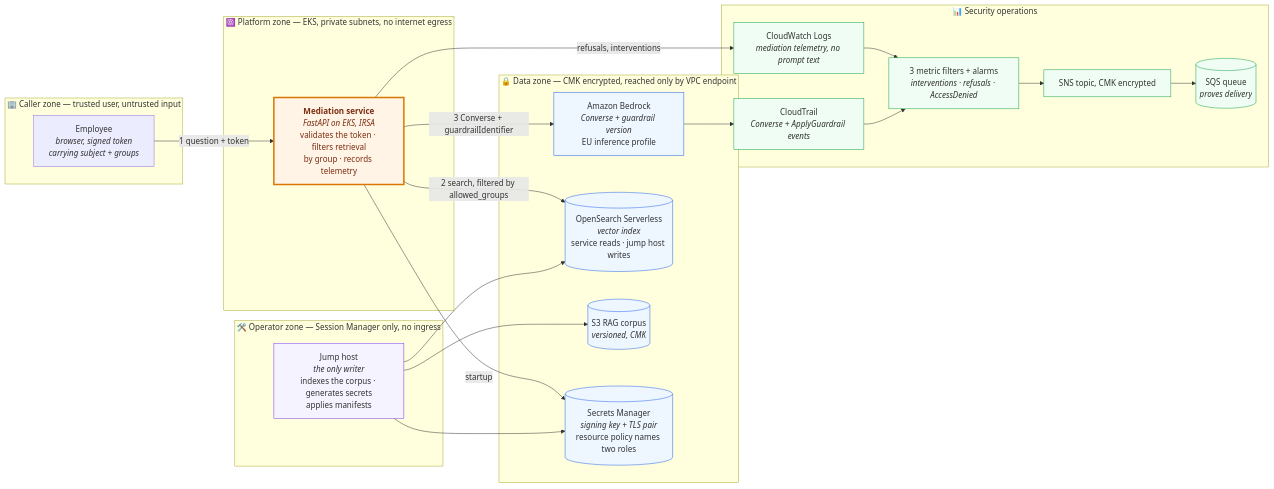
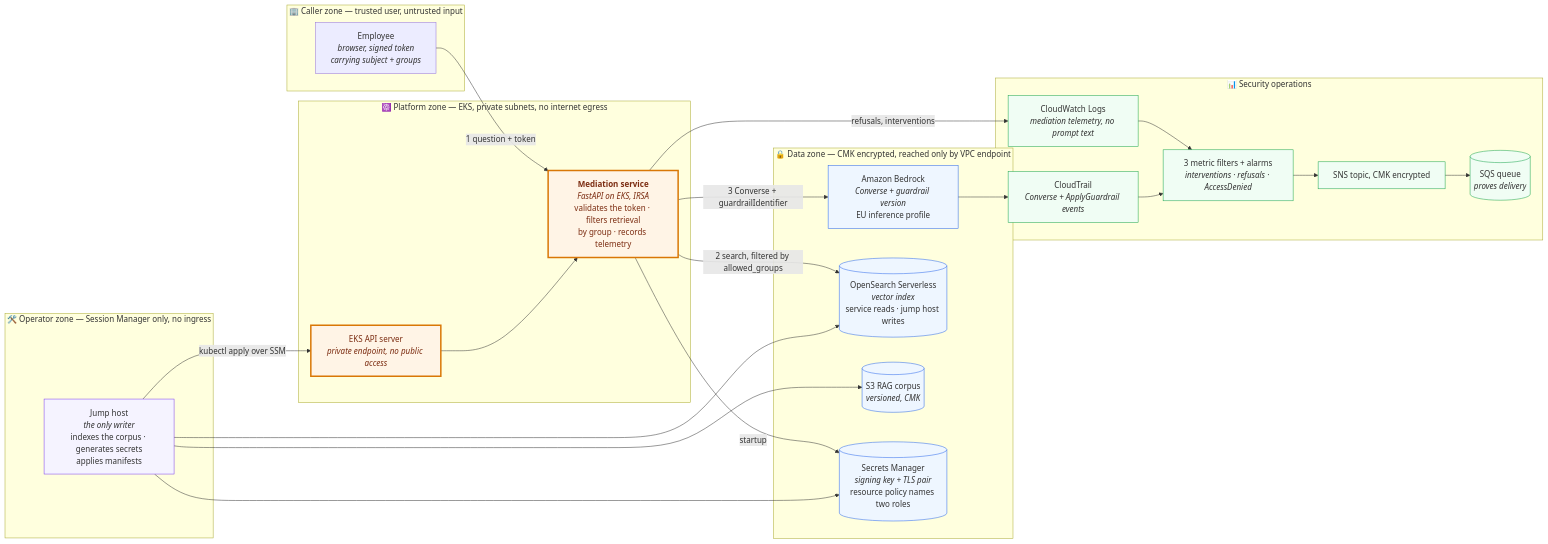
Before and after one commit to spdy999/ai-sec: the first of 3 diagrams in docs/deliverables/diagram/architecture.md, drawn with Mermaid. The commit also changed 2 other files, not shown here.

Commit message:
docs(diagram): draw the private EKS API server and the jump host's write path

````diff
--- a/docs/deliverables/diagram/architecture.md
+++ b/docs/deliverables/diagram/architecture.md
@@ -17,54 +17,59 @@
 ```mermaid
 flowchart LR
     subgraph corporate["🏢 Caller zone — trusted user, untrusted input"]
         user["Employee<br/><i>browser, signed token<br/>carrying subject + groups</i>"]
     end
 
     subgraph platform["☸️ Platform zone — EKS, private subnets, no internet egress"]
+        api["EKS API server<br/><i>private endpoint, no public access</i>"]
         proxy["<b>Mediation service</b><br/><i>FastAPI on EKS, IRSA</i><br/>validates the token · filters retrieval<br/>by group · records telemetry"]
     end
 
     subgraph operator["🛠️ Operator zone — Session Manager only, no ingress"]
         bastion["Jump host<br/><i>the only writer</i><br/>indexes the corpus · generates secrets<br/>applies manifests"]
     end
 
     subgraph data["🔒 Data zone — CMK encrypted, reached only by VPC endpoint"]
         bedrock["Amazon Bedrock<br/><i>Converse + guardrail version</i><br/>EU inference profile"]
         vectors[("OpenSearch Serverless<br/><i>vector index</i><br/>service reads · jump host writes")]
         docs[("S3 RAG corpus<br/><i>versioned, CMK</i>")]
         secrets[("Secrets Manager<br/><i>signing key + TLS pair</i><br/>resource policy names two roles")]
     end
 
     subgraph observe["📊 Security operations"]
         telemetry["CloudWatch Logs<br/><i>mediation telemetry, no prompt text</i>"]
         trail["CloudTrail<br/><i>Converse + ApplyGuardrail events</i>"]
         alarms["3 metric filters + alarms<br/><i>interventions · refusals · AccessDenied</i>"]
         sns["SNS topic, CMK encrypted"]
         queue[("SQS queue<br/><i>proves delivery</i>")]
     end
 
     user -->|"1 question + token"| proxy
     proxy -->|"2 search, filtered by allowed_groups"| vectors
     proxy -->|"3 Converse + guardrailIdentifier"| bedrock
     proxy -->|"startup"| secrets
     proxy -->|"refusals, interventions"| telemetry
 
+    bastion -->|"kubectl apply over SSM"| api
+    api --> proxy
+
     bastion --> vectors
     bastion --> docs
     bastion --> secrets
 
     bedrock --> trail
     telemetry --> alarms
     trail --> alarms
     alarms --> sns --> queue
 
     classDef control fill:#fff4e6,stroke:#d97706,stroke-width:3px,color:#7c2d12
     classDef store fill:#eef6ff,stroke:#2563eb
     classDef sec fill:#f0fdf4,stroke:#16a34a
     classDef ops fill:#f5f3ff,stroke:#7c3aed
 
     class proxy control
     class vectors,docs,bedrock,secrets store
     class telemetry,trail,alarms,sns,queue sec
     class bastion ops
+    class api control
 ```
````
